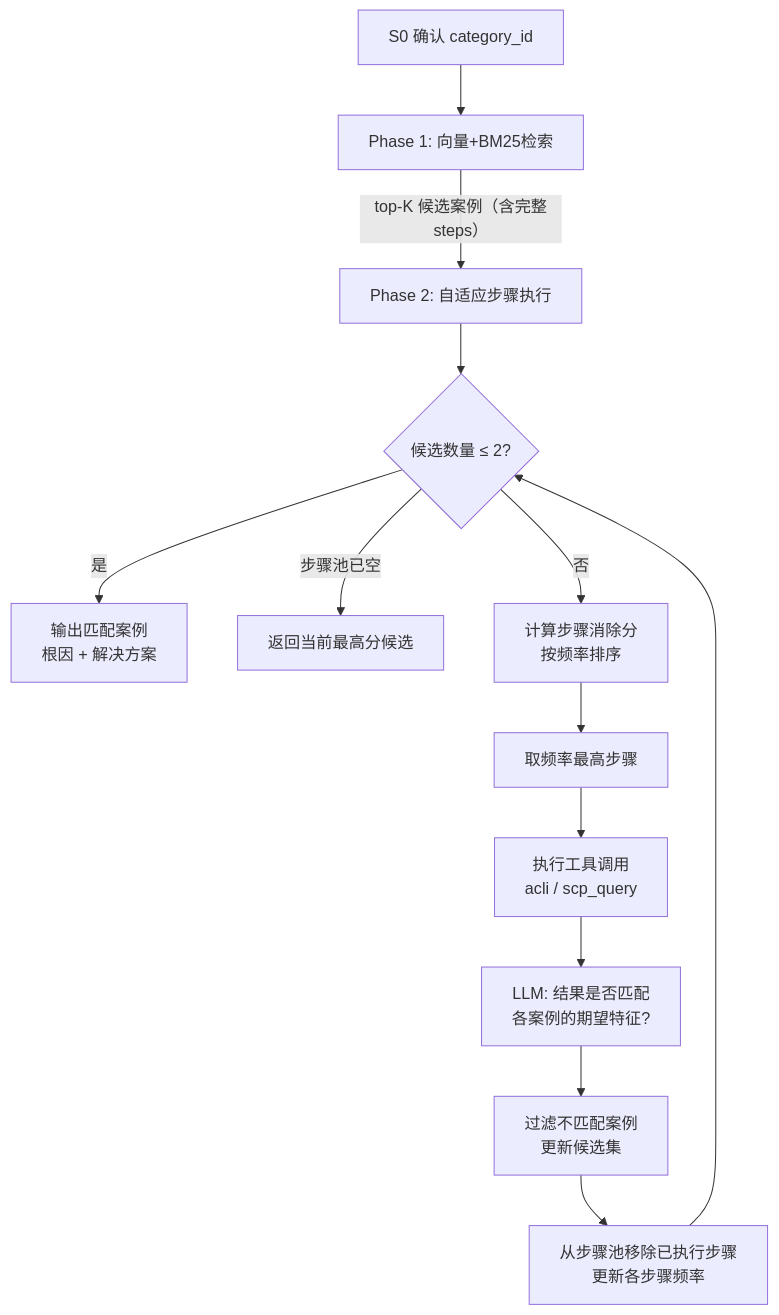
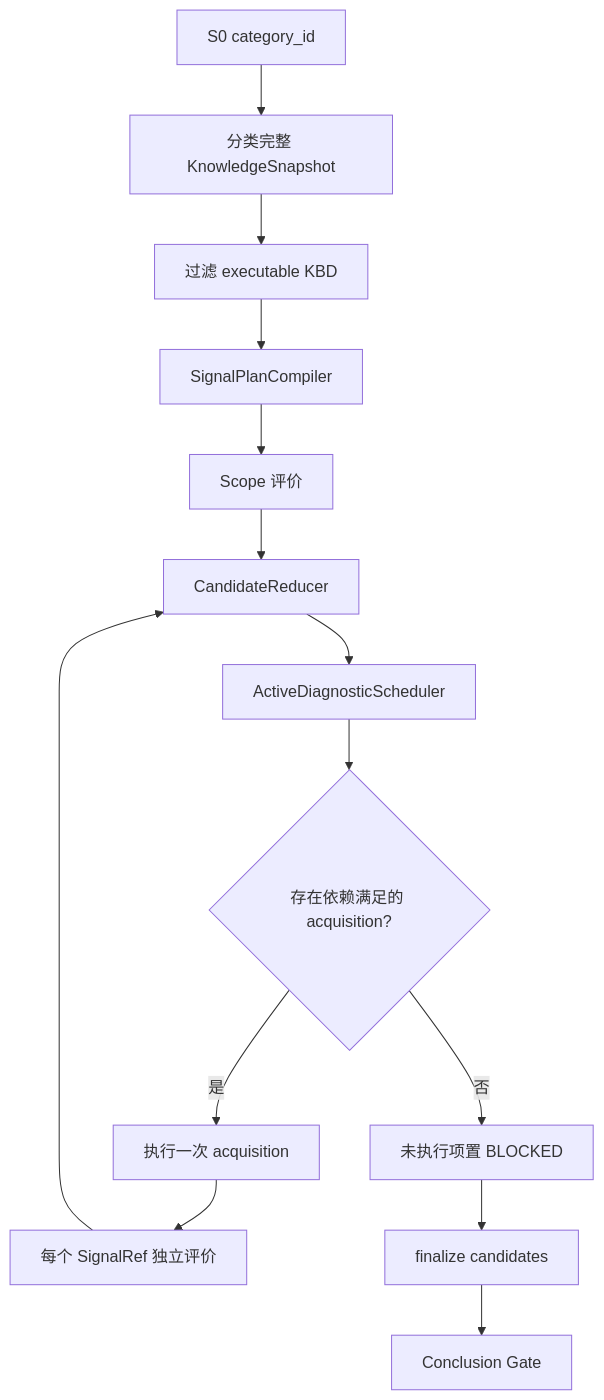
One commit to tomturing/hci-troubleshoot-platform changed the first of 2 diagrams in docs/solution/agent/02-架构设计/案例差异诊断协议.md. Above: the diagram before and after it, drawn with Mermaid. The commit also changed other lines of this file and 20 other files, not shown here.

````diff
--- a/docs/solution/agent/02-架构设计/案例差异诊断协议.md
+++ b/docs/solution/agent/02-架构设计/案例差异诊断协议.md
@@ -100,16 +58,16 @@
 ```mermaid
 flowchart TD
-    A[S0 确认 category_id] --> B[Phase 1: 向量+BM25检索]
-    B -->|top-K 候选案例（含完整steps）| C[Phase 2: 自适应步骤执行]
-
-    C --> D{候选数量 ≤ 2?}
-    D -->|是| E[输出匹配案例\n根因 + 解决方案]
-    D -->|步骤池已空| F[返回当前最高分候选]
-    D -->|否| G[计算步骤消除分\n按频率排序]
-    G --> H[取频率最高步骤]
-    H --> I[执行工具调用\nacli / scp_query]
-    I --> J[LLM: 结果是否匹配\n各案例的期望特征?]
-    J --> K[过滤不匹配案例\n更新候选集]
-    K --> L[从步骤池移除已执行步骤\n更新各步骤频率]
-    L --> D
+    A[S0 category_id] --> B[分类完整 KnowledgeSnapshot]
+    B --> C[过滤 executable KBD]
+    C --> D[SignalPlanCompiler]
+    D --> E[Scope 评价]
+    E --> F[CandidateReducer]
+    F --> G[ActiveDiagnosticScheduler]
+    G --> H{存在依赖满足的 acquisition?}
+    H -->|是| I[执行一次 acquisition]
+    I --> J[每个 SignalRef 独立评价]
+    J --> F
+    H -->|否| K[未执行项置 BLOCKED]
+    K --> L[finalize candidates]
+    L --> M[Conclusion Gate]
 ```
````
